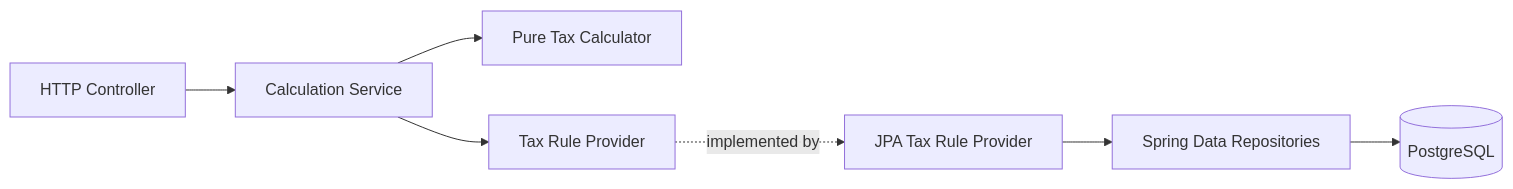
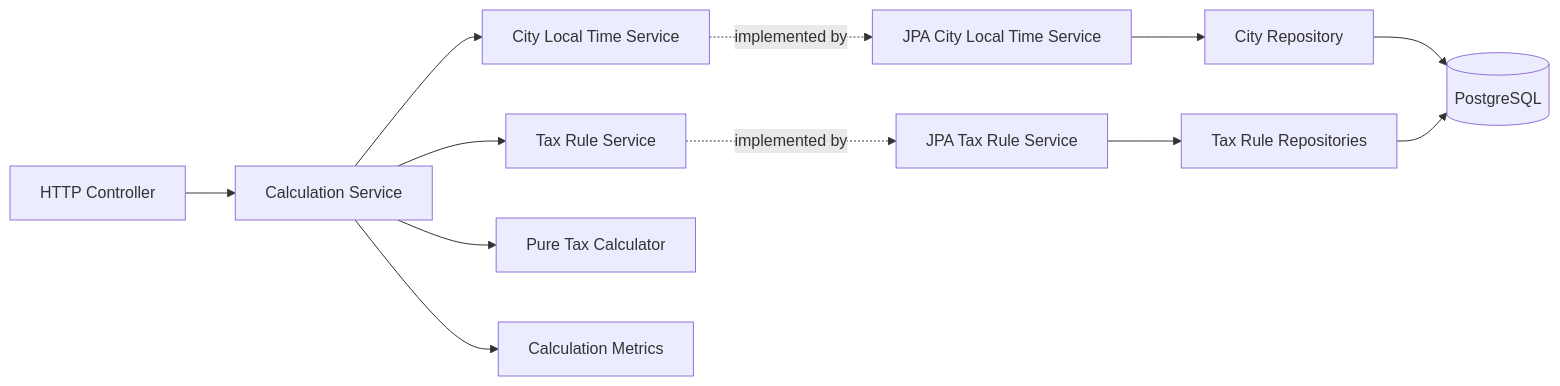
The diagram in docs/design/architecture.md (igrgin/congestion-tax-calculator), drawn with Mermaid before and after one commit. The commit also changed other lines of this file and 78 other files, not shown here.

````diff
--- a/docs/design/architecture.md
+++ b/docs/design/architecture.md
@@ -7,9 +7,17 @@
 ```mermaid
 flowchart LR
     API["HTTP Controller"] --> APP["Calculation Service"]
+    APP --> LOCAL["City Local Time Service"]
+    APP --> RULE["Tax Rule Service"]
     APP --> CALC["Pure Tax Calculator"]
-    APP --> PORT["Tax Rule Provider"]
-    PORT -. "implemented by" .-> JPA["JPA Tax Rule Provider"]
-    JPA --> REPO["Spring Data Repositories"]
-    REPO --> DB[("PostgreSQL")]
+    APP --> METRICS["Calculation Metrics"]
+
+    LOCAL -. "implemented by" .-> LOCAL_JPA["JPA City Local Time Service"]
+    RULE -. "implemented by" .-> RULE_JPA["JPA Tax Rule Service"]
+
+    LOCAL_JPA --> CITY_REPO["City Repository"]
+    RULE_JPA --> RULE_REPO["Tax Rule Repositories"]
+
+    CITY_REPO --> DB[("PostgreSQL")]
+    RULE_REPO --> DB
 ```
````
